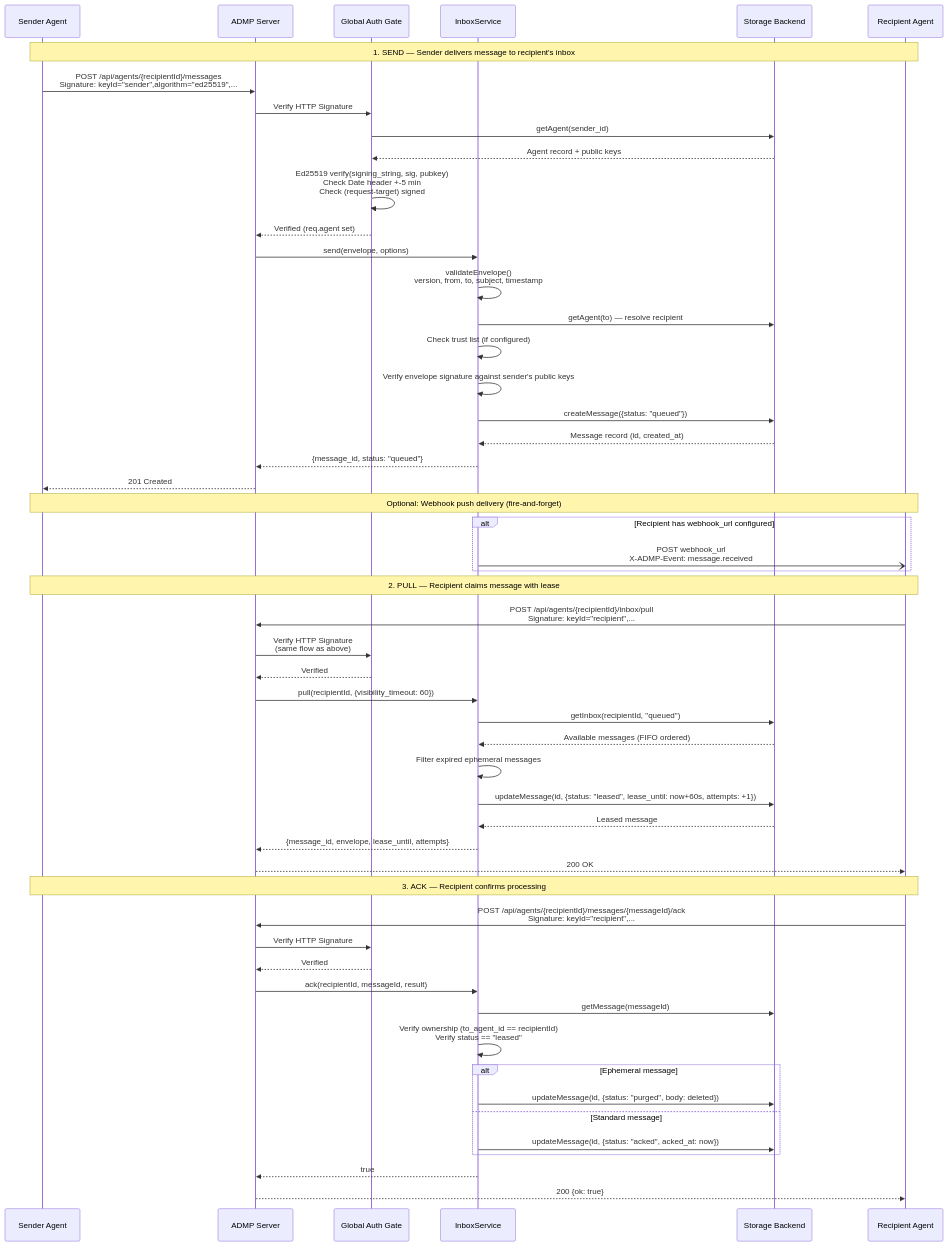
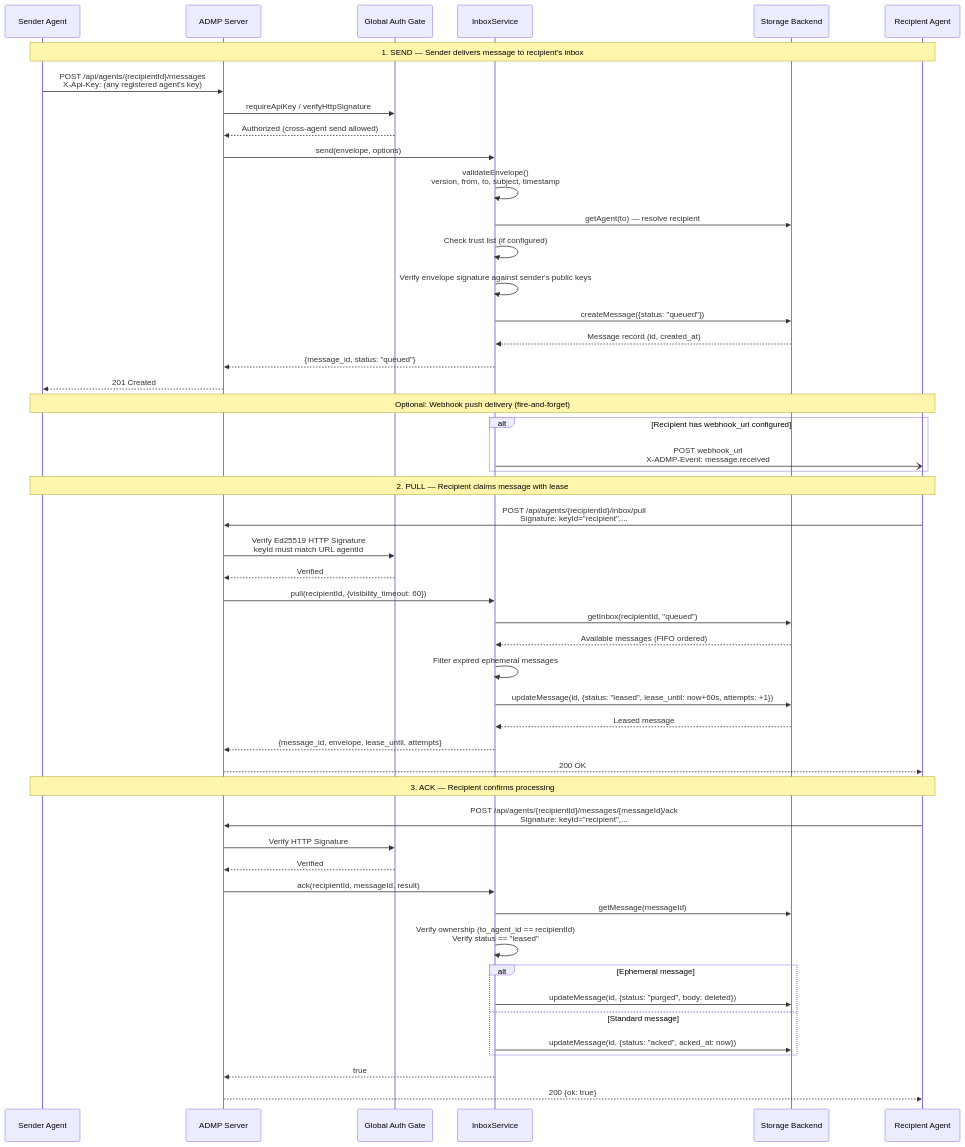
Before and after one commit to dundas/agentdispatch: the second of 3 diagrams in docs/ARCHITECTURE.md, drawn with Mermaid. The commit also changed other lines of this file and 5 other files, not shown here.

First line of the commit message:
docs: regenerate documentation — agent_id validation, cross-agent auth, CLI v0.2.1

````diff
--- a/docs/ARCHITECTURE.md
+++ b/docs/ARCHITECTURE.md
@@ -133,68 +133,65 @@
 ```mermaid
 sequenceDiagram
     participant Sender as Sender Agent
     participant Server as ADMP Server
     participant Auth as Global Auth Gate
     participant Inbox as InboxService
     participant Store as Storage Backend
     participant Recipient as Recipient Agent
 
     Note over Sender,Recipient: 1. SEND — Sender delivers message to recipient's inbox
 
-    Sender->>Server: POST /api/agents/{recipientId}/messages<br/>Signature: keyId="sender",algorithm="ed25519",...
-    Server->>Auth: Verify HTTP Signature
-    Auth->>Store: getAgent(sender_id)
-    Store-->>Auth: Agent record + public keys
-    Auth->>Auth: Ed25519 verify(signing_string, sig, pubkey)<br/>Check Date header +-5 min<br/>Check (request-target) signed
-    Auth-->>Server: Verified (req.agent set)
+    Sender->>Server: POST /api/agents/{recipientId}/messages<br/>X-Api-Key: (any registered agent's key)
+    Server->>Auth: requireApiKey / verifyHttpSignature
+    Auth-->>Server: Authorized (cross-agent send allowed)
 
     Server->>Inbox: send(envelope, options)
     Inbox->>Inbox: validateEnvelope()<br/>version, from, to, subject, timestamp
     Inbox->>Store: getAgent(to) — resolve recipient
     Inbox->>Inbox: Check trust list (if configured)
     Inbox->>Inbox: Verify envelope signature against sender's public keys
     Inbox->>Store: createMessage({status: "queued"})
     Store-->>Inbox: Message record (id, created_at)
     Inbox-->>Server: {message_id, status: "queued"}
     Server-->>Sender: 201 Created
 
     Note over Sender,Recipient: Optional: Webhook push delivery (fire-and-forget)
 
     alt Recipient has webhook_url configured
         Inbox-)Recipient: POST webhook_url<br/>X-ADMP-Event: message.received
     end
 
     Note over Sender,Recipient: 2. PULL — Recipient claims message with lease
 
     Recipient->>Server: POST /api/agents/{recipientId}/inbox/pull<br/>Signature: keyId="recipient",...
-    Server->>Auth: Verify HTTP Signature<br/>(same flow as above)
+    Server->>Auth: Verify Ed25519 HTTP Signature<br/>keyId must match URL agentId
     Auth-->>Server: Verified
 
     Server->>Inbox: pull(recipientId, {visibility_timeout: 60})
     Inbox->>Store: getInbox(recipientId, "queued")
     Store-->>Inbox: Available messages (FIFO ordered)
     Inbox->>Inbox: Filter expired ephemeral messages
     Inbox->>Store: updateMessage(id, {status: "leased", lease_until: now+60s, attempts: +1})
     Store-->>Inbox: Leased message
     Inbox-->>Server: {message_id, envelope, lease_until, attempts}
     Server-->>Recipient: 200 OK
 
     Note over Sender,Recipient: 3. ACK — Recipient confirms processing
 
     Recipient->>Server: POST /api/agents/{recipientId}/messages/{messageId}/ack<br/>Signature: keyId="recipient",...
     Server->>Auth: Verify HTTP Signature
     Auth-->>Server: Verified
 
     Server->>Inbox: ack(recipientId, messageId, result)
     Inbox->>Store: getMessage(messageId)
     Inbox->>Inbox: Verify ownership (to_agent_id == recipientId)<br/>Verify status == "leased"
 
     alt Ephemeral message
         Inbox->>Store: updateMessage(id, {status: "purged", body: deleted})
     else Standard message
         Inbox->>Store: updateMessage(id, {status: "acked", acked_at: now})
     end
 
     Inbox-->>Server: true
     Server-->>Recipient: 200 {ok: true}
 ```
````
